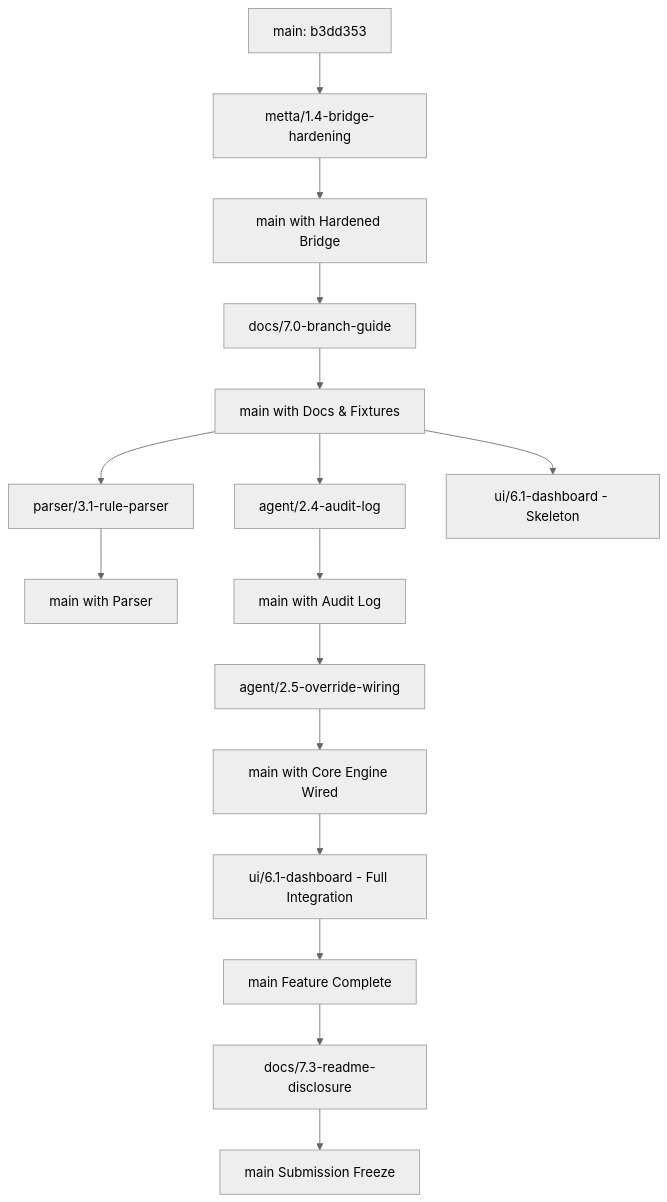
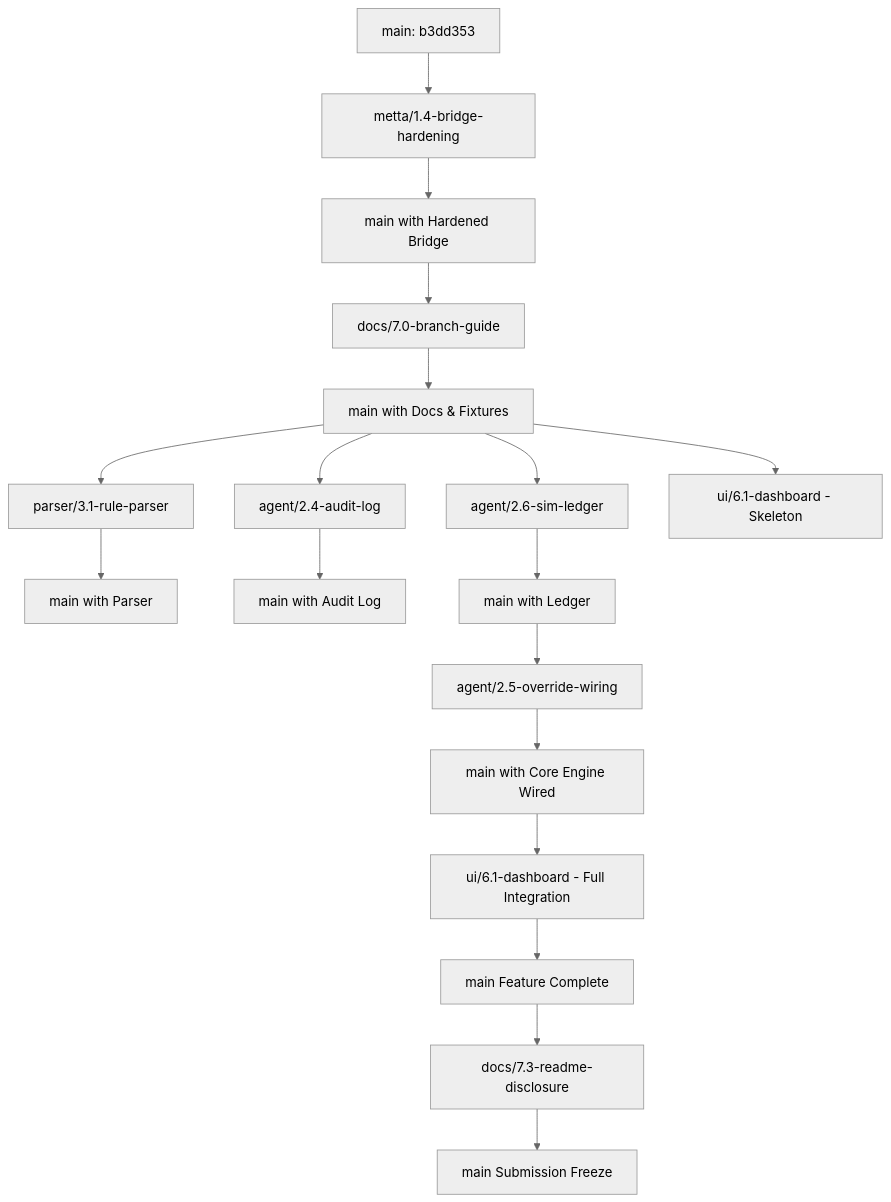
Before and after one commit to kaniska-praba007/fractional-approval-agent: the diagram in docs/BRANCHES.md, drawn with Mermaid (neutral theme). The commit also changed other lines of this file and 1 other file, not shown here.

````diff
--- a/docs/BRANCHES.md
+++ b/docs/BRANCHES.md
@@ -145,23 +158,25 @@
 ```mermaid
 graph TD
     M1[main: b3dd353] --> H1[metta/1.4-bridge-hardening]
     H1 --> M2[main with Hardened Bridge]
     M2 --> B1[docs/7.0-branch-guide]
     B1 --> M3[main with Docs & Fixtures]
 
     M3 --> P1[parser/3.1-rule-parser]
     M3 --> A1[agent/2.4-audit-log]
+    M3 --> L1[agent/2.6-sim-ledger]
     M3 --> U1[ui/6.1-dashboard - Skeleton]
 
     P1 --> M4[main with Parser]
     A1 --> M5[main with Audit Log]
+    L1 --> M6[main with Ledger]
 
-    M5 --> O1[agent/2.5-override-wiring]
-    O1 --> M6[main with Core Engine Wired]
+    M6 --> O1[agent/2.5-override-wiring]
+    O1 --> M7[main with Core Engine Wired]
 
-    M6 --> U2[ui/6.1-dashboard - Full Integration]
-    U2 --> M7[main Feature Complete]
+    M7 --> U2[ui/6.1-dashboard - Full Integration]
+    U2 --> M8[main Feature Complete]
 
-    M7 --> D1[docs/7.3-readme-disclosure]
-    D1 --> M8[main Submission Freeze]
+    M8 --> D1[docs/7.3-readme-disclosure]
+    D1 --> M9[main Submission Freeze]
 ```
````
